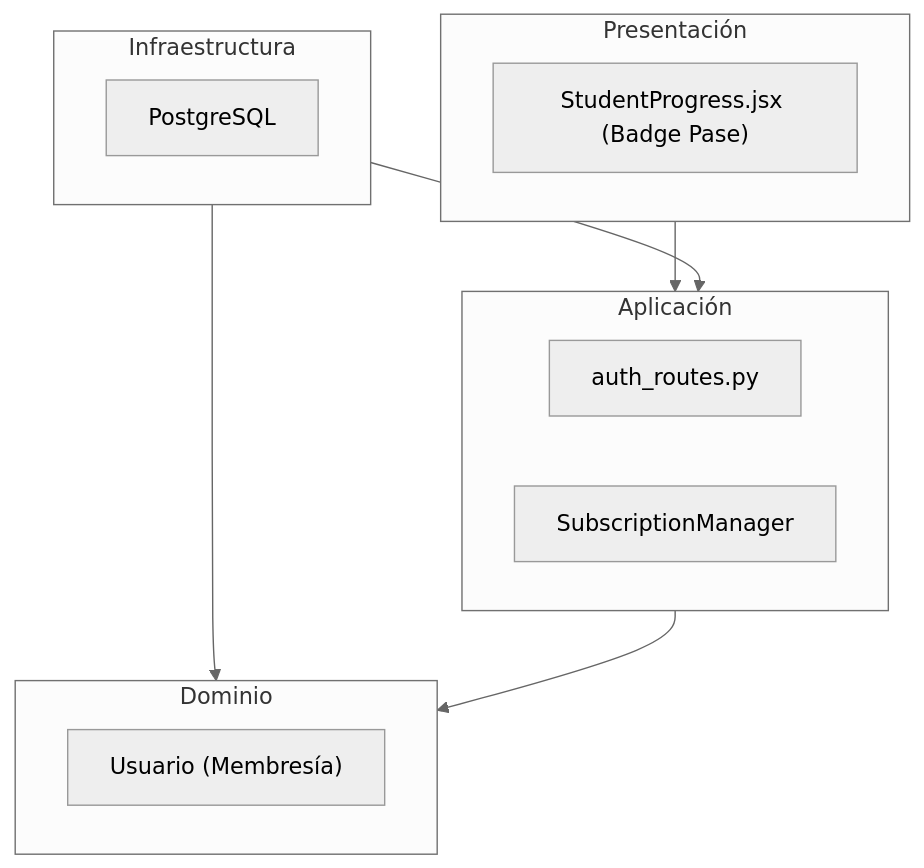
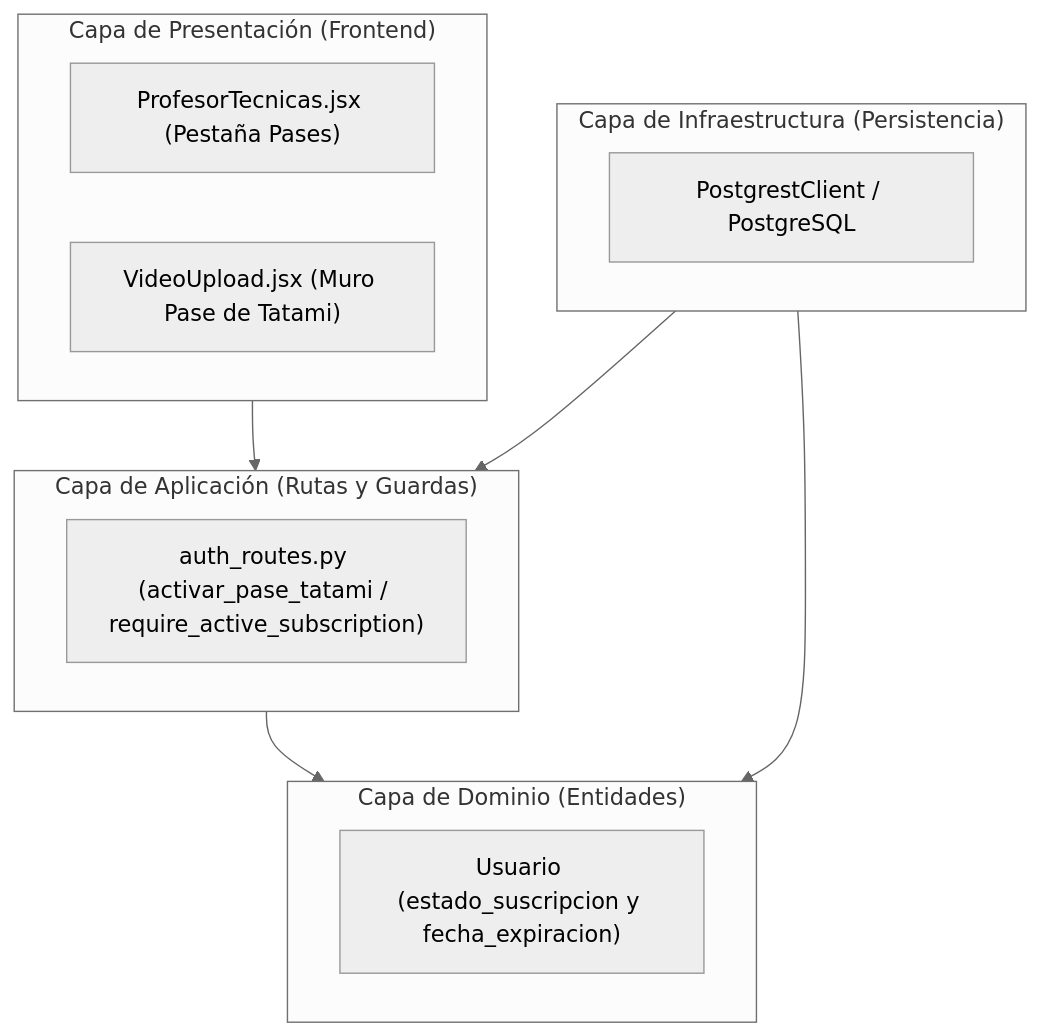
The diagram in docs/diagramas/codigo/cu08_paquetes.mmd (Tsmrain/JiuJitsu), drawn with Mermaid (neutral theme) before and after one commit. The commit also changed 86 other files, not shown here.

Commit message:
docs: actualizar ProyectoGrado bajo ICONIX con diagramas Mermaid, Cap IX y CV, y sincronizar cambios recientes

```diff
--- a/docs/diagramas/codigo/cu08_paquetes.mmd
+++ b/docs/diagramas/codigo/cu08_paquetes.mmd
@@ -1,19 +1,22 @@
 graph TD
-    subgraph Presentacion ["Presentación"]
-        StudentView["StudentProgress.jsx (Badge Pase)"]
+    subgraph Presentacion ["Capa de Presentación (Frontend)"]
+        P_Prof["ProfesorTecnicas.jsx (Pestaña Pases)"]
+        P_Upload["VideoUpload.jsx (Muro Pase de Tatami)"]
     end
-    subgraph Aplicacion ["Aplicación"]
-        AuthAPI["auth_routes.py"]
-        SubManager["SubscriptionManager"]
+
+    subgraph Aplicacion ["Capa de Aplicación (Rutas y Guardas)"]
+        A_Auth["auth_routes.py (activar_pase_tatami / require_active_subscription)"]
     end
-    subgraph Dominio ["Dominio"]
-        EntUsuario["Usuario (Membresía)"]
+
+    subgraph Dominio ["Capa de Dominio (Entidades)"]
+        D_User["Usuario (estado_suscripcion y fecha_expiracion)"]
     end
-    subgraph Infraestructura ["Infraestructura"]
-        Postgres["PostgreSQL"]
+
+    subgraph Infraestructura ["Capa de Infraestructura (Persistencia)"]
+        I_PG["PostgrestClient / PostgreSQL"]
     end
 
     Presentacion --> Aplicacion
+    Aplicacion --> Dominio
     Infraestructura --> Aplicacion
     Infraestructura --> Dominio
-    Aplicacion --> Dominio
```
